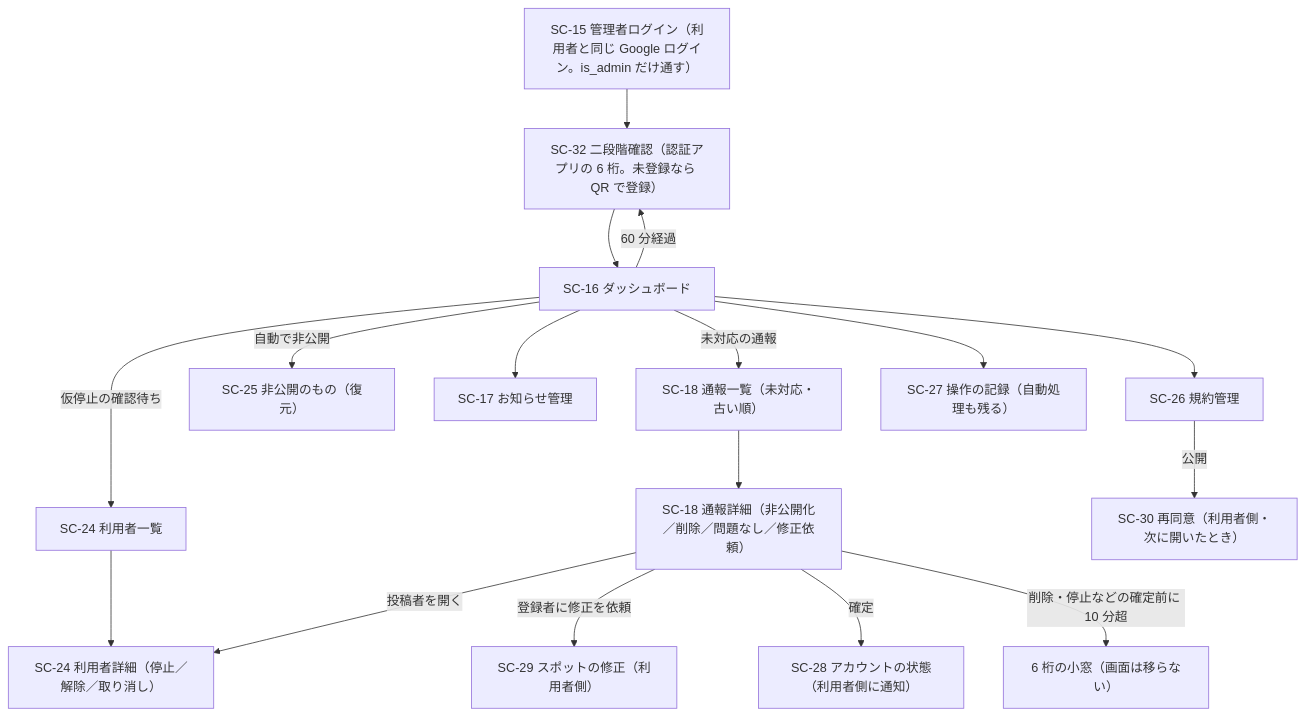
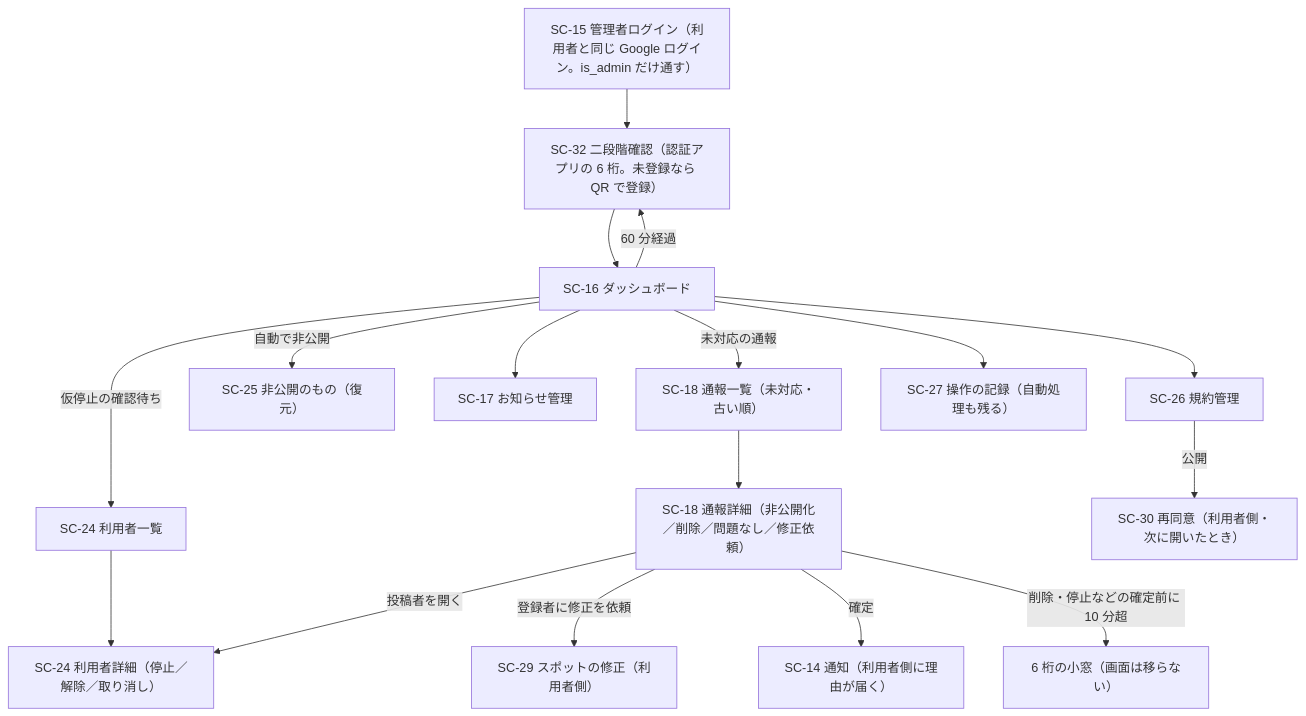
One commit to junito0814/tabikoe changed the second of 2 diagrams in docs/wireframes.md. Above: the diagram before and after it, drawn with Mermaid. The commit also changed other lines of this file and 7 other files, not shown here.

````diff
--- a/docs/wireframes.md
+++ b/docs/wireframes.md
@@ -860,16 +860,16 @@
 ```mermaid
 flowchart TD
     AL["SC-15 管理者ログイン（利用者と同じ Google ログイン。is_admin だけ通す）"] --> MFA["SC-32 二段階確認（認証アプリの 6 桁。未登録なら QR で登録）"]
     MFA --> AD["SC-16 ダッシュボード"]
     AD -->|60 分経過| MFA
     AD -->|未対応の通報| RL["SC-18 通報一覧（未対応・古い順）"] --> RD["SC-18 通報詳細（非公開化／削除／問題なし／修正依頼）"]
     AD -->|自動で非公開| HI["SC-25 非公開のもの（復元）"]
     AD -->|仮停止の確認待ち| UL["SC-24 利用者一覧"] --> UD["SC-24 利用者詳細（停止／解除／取り消し）"]
     RD -->|投稿者を開く| UD
     RD -->|登録者に修正を依頼| FIX["SC-29 スポットの修正（利用者側）"]
-    RD -->|確定| ST["SC-28 アカウントの状態（利用者側に通知）"]
+    RD -->|確定| NT["SC-14 通知（利用者側に理由が届く）"]
     AD --> AN["SC-17 お知らせ管理"]
     AD --> LG["SC-26 規約管理"] -->|公開| RC["SC-30 再同意（利用者側・次に開いたとき）"]
     AD --> LOG["SC-27 操作の記録（自動処理も残る）"]
     RD -->|削除・停止などの確定前に 10 分超| MFA2["6 桁の小窓（画面は移らない）"]
 ```
````
